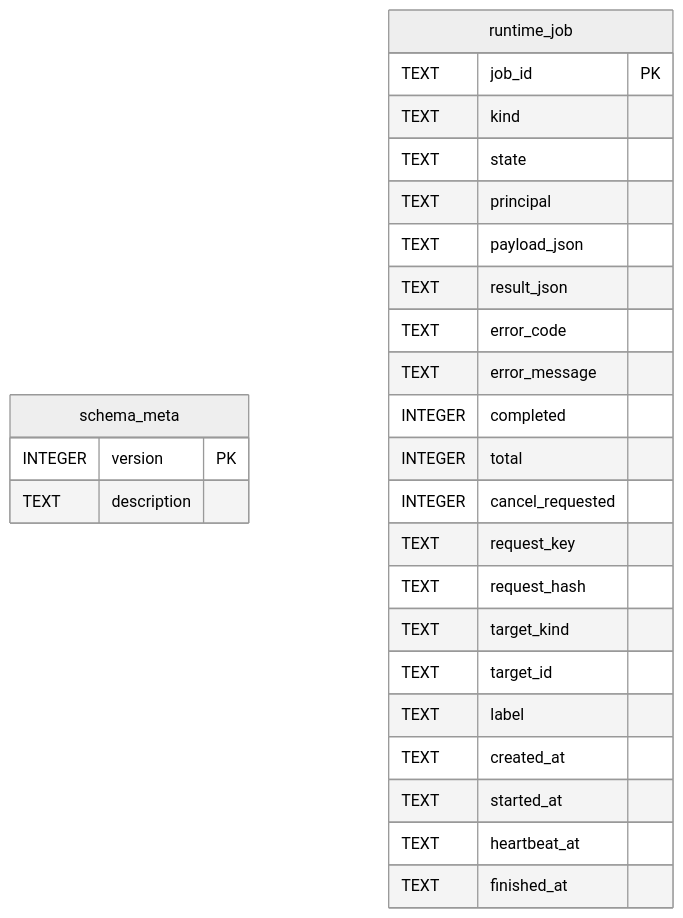
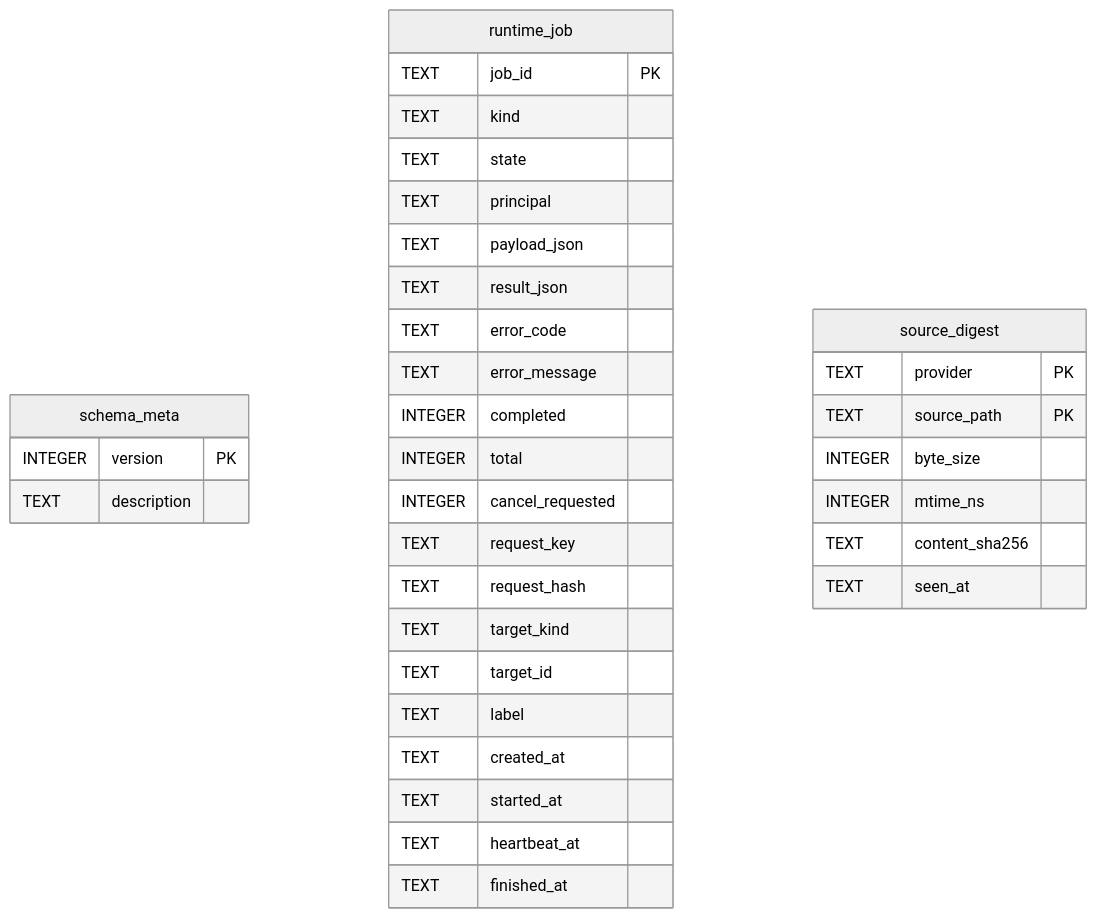
One commit to ujajuck/data_gathering changed the sixth of 11 diagrams in docs/ARCHITECTURE_V3.md. Above: the diagram before and after it, drawn with Mermaid (neutral theme). The commit also changed other lines of this file and 55 other files, not shown here.

````diff
--- a/docs/ARCHITECTURE_V3.md
+++ b/docs/ARCHITECTURE_V3.md
@@ -345,29 +346,37 @@
 ```mermaid
 erDiagram
     schema_meta {
         INTEGER version PK
         TEXT description
     }
     runtime_job {
         TEXT job_id PK
         TEXT kind
         TEXT state
         TEXT principal
         TEXT payload_json
         TEXT result_json
         TEXT error_code
         TEXT error_message
         INTEGER completed
         INTEGER total
         INTEGER cancel_requested
         TEXT request_key
         TEXT request_hash
         TEXT target_kind
         TEXT target_id
         TEXT label
         TEXT created_at
         TEXT started_at
         TEXT heartbeat_at
         TEXT finished_at
     }
+    source_digest {
+        TEXT provider PK
+        TEXT source_path PK
+        INTEGER byte_size
+        INTEGER mtime_ns
+        TEXT content_sha256
+        TEXT seen_at
+    }
 ```
````
